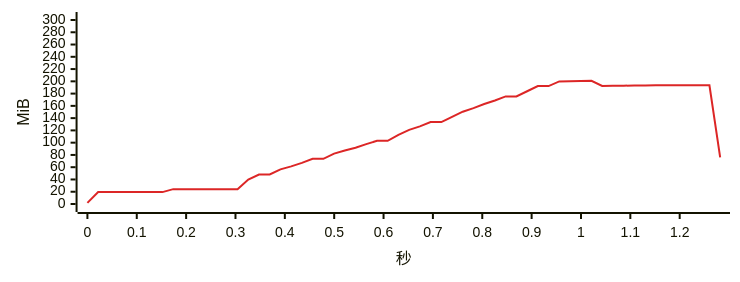
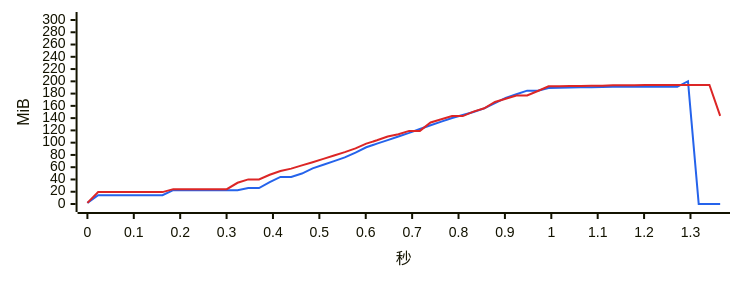
Diagram 12 of 17 in bench/v4.1.0/summary.md (334456777/WeFlow), drawn with Mermaid before and after one commit. The commit also changed other lines of this file and 3 other files, not shown here.

````diff
--- a/bench/v4.1.0/summary.md
+++ b/bench/v4.1.0/summary.md
@@ -399,7 +408,8 @@
 ```mermaid
-%%{init: {"xyChart": {"width": 720, "height": 260}, "themeVariables": {"xyChart": {"plotColorPalette": "#dc2626"}}}}%%
+%%{init: {"xyChart": {"width": 720, "height": 260}, "themeVariables": {"xyChart": {"plotColorPalette": "#2563eb, #dc2626"}}}}%%
 xychart-beta
-    x-axis "秒" 0 --> 1.282
+    x-axis "秒" 0 --> 1.364
     y-axis "MiB" 0 --> 300
-    line [1.8, 19.4, 19.4, 19.4, 19.4, 19.4, 19.4, 19.4, 24.2, 24.2, 24.2, 24.2, 24.2, 24.2, 24.2, 39.8, 48.1, 48.1, 56.5, 61.4, 67.0, 73.6, 73.6, 82.1, 87.3, 91.7, 97.7, 103.0, 103.0, 112.7, 120.8, 126.6, 133.5, 133.5, 142.1, 150.5, 156.4, 163.0, 168.8, 175.4, 175.4, 183.8, 192.2, 192.2, 199.8, 200.3, 200.6, 200.8, 192.4, 192.6, 192.9, 193.2, 193.2, 193.5, 193.5, 193.5, 193.5, 193.5, 193.5, 76.1]
+    line [1.8, 14.3, 14.3, 14.3, 14.3, 14.3, 14.3, 14.3, 22.5, 22.5, 22.5, 22.5, 22.5, 22.5, 22.5, 25.9, 25.9, 35.6, 44.2, 44.2, 49.6, 58.0, 63.9, 69.9, 76.0, 83.9, 92.5, 98.4, 104.2, 110.1, 115.9, 122.2, 128.3, 134.3, 140.2, 145.1, 150.0, 155.8, 164.5, 173.1, 179.0, 184.8, 184.8, 189.2, 189.7, 189.9, 190.2, 190.2, 190.7, 191.0, 191.0, 191.0, 191.0, 191.0, 191.0, 191.0, 200.2, 0.0, 0.0, 0.0]
+    line [1.8, 19.4, 19.4, 19.4, 19.4, 19.4, 19.4, 19.4, 24.2, 24.2, 24.2, 24.2, 24.2, 24.2, 34.6, 40.1, 40.1, 47.7, 53.8, 57.7, 63.0, 68.2, 73.6, 79.1, 84.5, 90.7, 98.4, 103.9, 110.0, 113.8, 119.2, 119.2, 132.9, 138.2, 143.3, 143.3, 150.6, 156.0, 166.4, 171.7, 177.0, 177.0, 184.2, 191.8, 192.0, 192.3, 192.5, 192.8, 193.0, 193.5, 193.5, 193.8, 194.1, 194.1, 194.1, 194.1, 194.1, 194.1, 194.1, 143.8]
 ```
````
